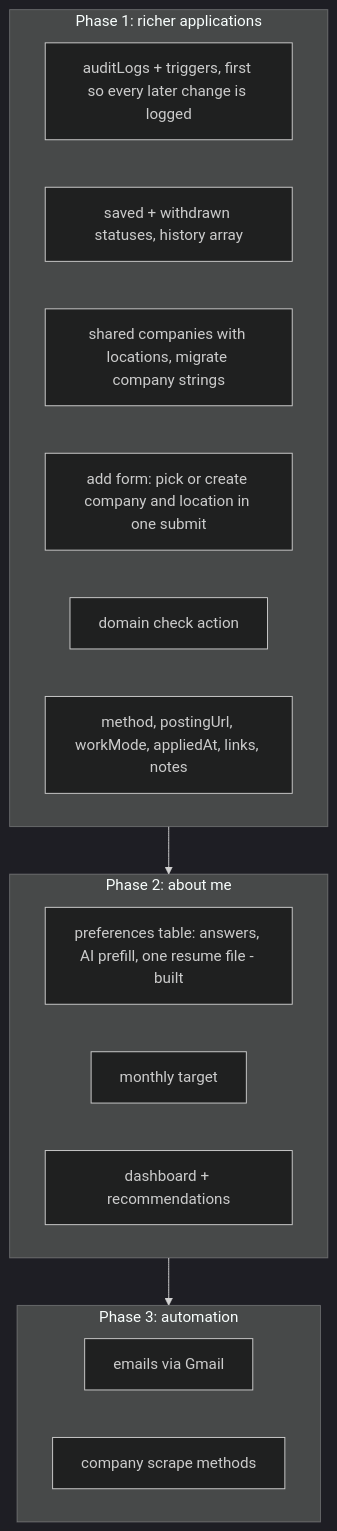
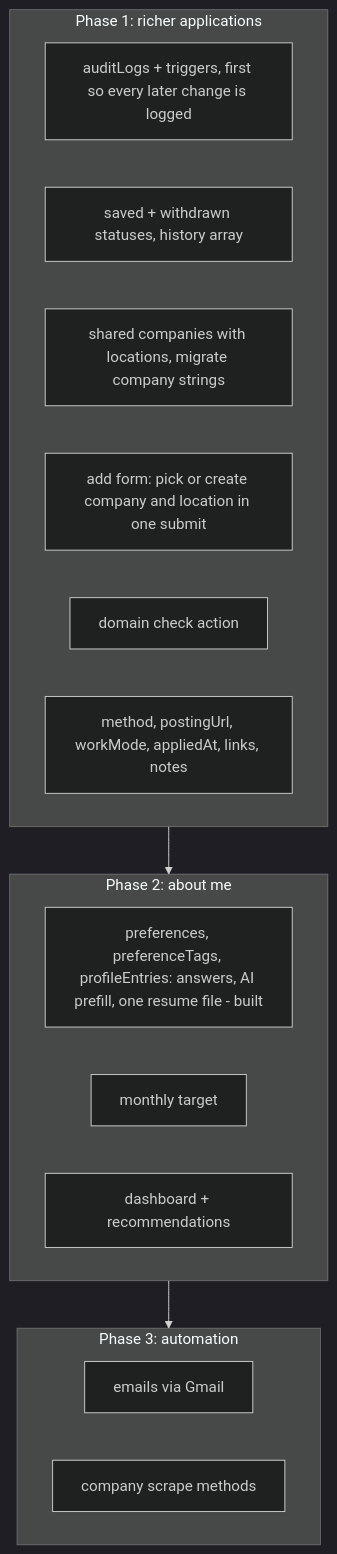
The seventh of 7 diagrams in docs/database-design.md (saranatour1/job-tracking-helper), drawn with Mermaid (dark theme) before and after one commit. The commit also changed other lines of this file and 17 other files, not shown here.

First line of the commit message:
refactor(preferences): split the wide row into settings, tags and entries

````diff
--- a/docs/database-design.md
+++ b/docs/database-design.md
@@ -316,21 +338,21 @@
 ```mermaid
 flowchart TD
     subgraph P1[Phase 1: richer applications]
         S0[auditLogs + triggers, first so every later change is logged]
         S1[saved + withdrawn statuses, history array]
         S3[shared companies with locations, migrate company strings]
         S3b[add form: pick or create company and location in one submit]
         S3c[domain check action]
         S4[method, postingUrl, workMode, appliedAt, links, notes]
     end
     subgraph P2[Phase 2: about me]
-        S5[preferences table: answers, AI prefill, one resume file - built]
+        S5[preferences, preferenceTags, profileEntries: answers, AI prefill, one resume file - built]
         S6[monthly target]
         S8[dashboard + recommendations]
     end
     subgraph P3[Phase 3: automation]
         S9[emails via Gmail]
         S11[company scrape methods]
     end
     P1 --> P2 --> P3
 ```
````
